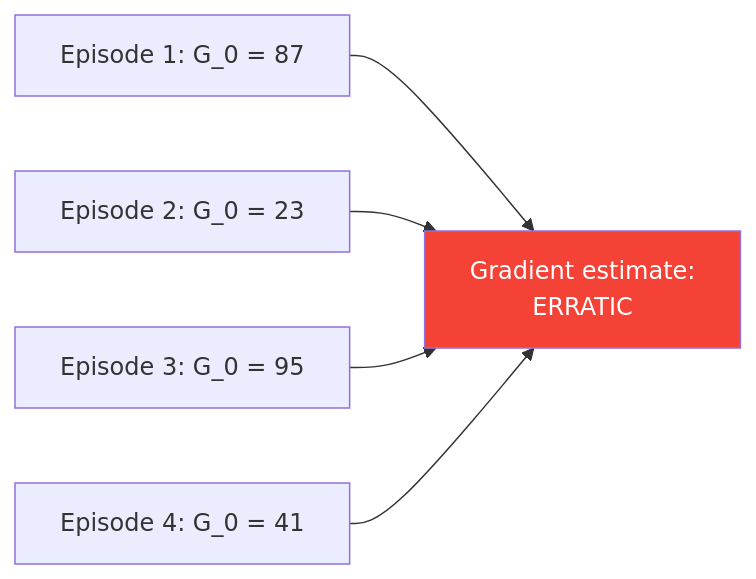
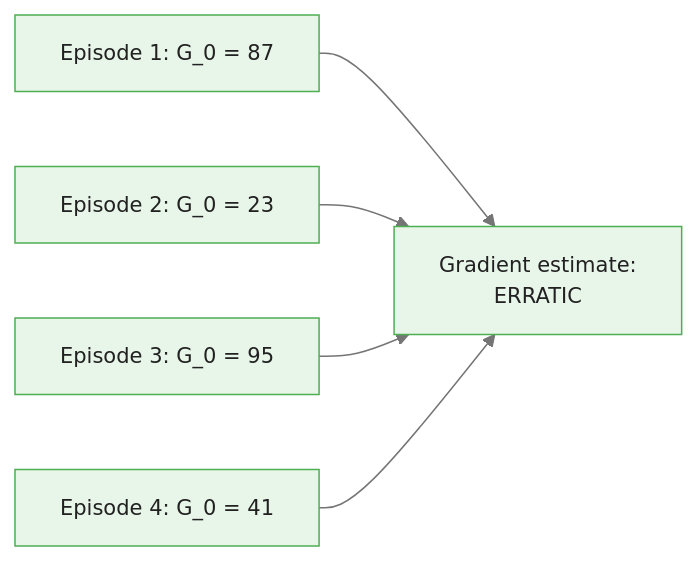
Before and after one commit to m-deane/course-creator: the diagram in courses/reinforcement-learning/modules/module_06_policy_gradient/guides/02_reinforce_slides.md, drawn with Mermaid. The commit also changed other lines of this file and 131 other files, not shown here.

````diff
--- a/courses/reinforcement-learning/modules/module_06_policy_gradient/guides/02_reinforce_slides.md
+++ b/courses/reinforcement-learning/modules/module_06_policy_gradient/guides/02_reinforce_slides.md
@@ -136,15 +166,15 @@
 ```mermaid
+%%{init: {"theme": "base", "themeVariables": {"primaryColor": "#e8f5e9", "primaryBorderColor": "#4caf50", "primaryTextColor": "#212121", "secondaryColor": "#e3f2fd", "tertiaryColor": "#fff8e1", "lineColor": "#757575", "fontFamily": "Inter, sans-serif", "fontSize": "14px"}}}%%
 graph LR
     A["Episode 1: G_0 = 87"]
     B["Episode 2: G_0 = 23"]
     C["Episode 3: G_0 = 95"]
     D["Episode 4: G_0 = 41"]
     E["Gradient estimate:\nERRATIC"]
 
     A --> E
     B --> E
     C --> E
     D --> E
 
-    style E fill:#F44336,color:#fff
 ```
````
